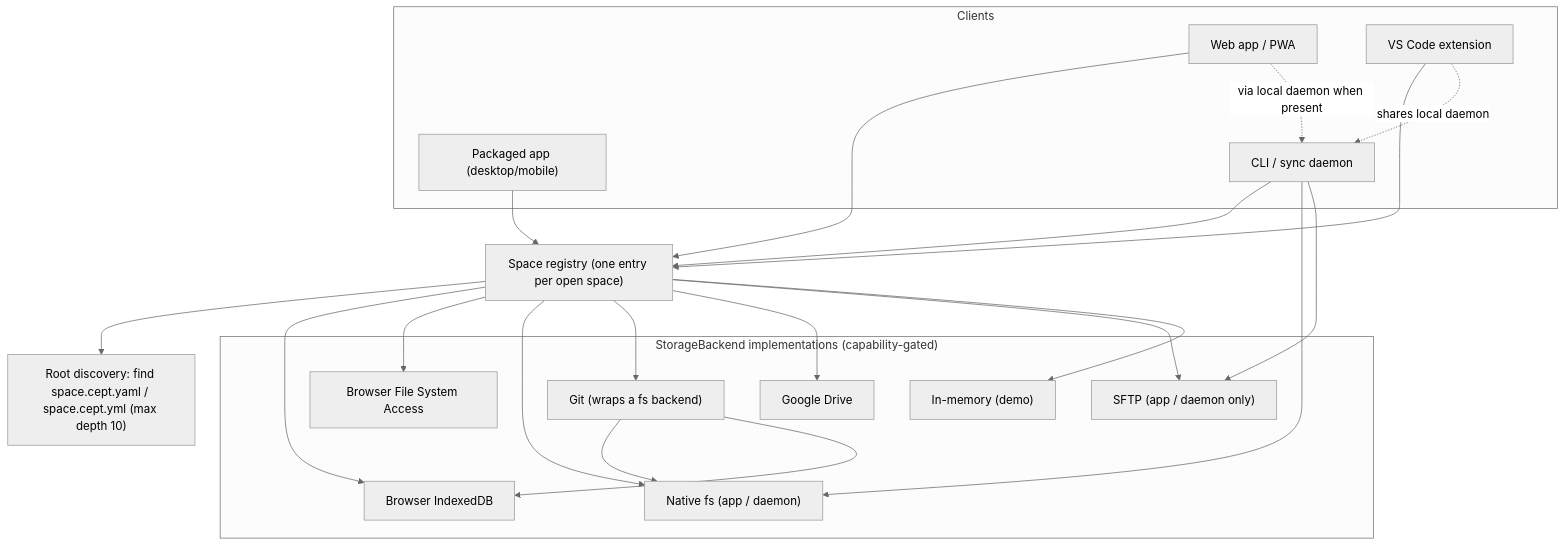
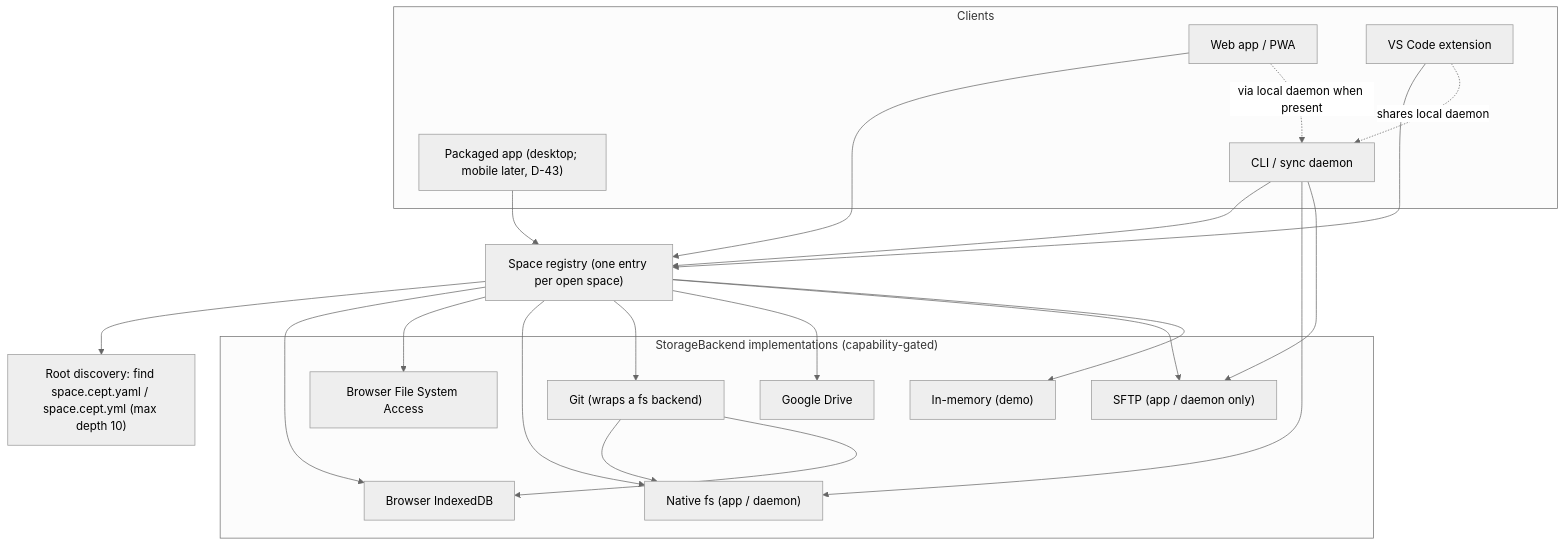
The first of 3 diagrams in docs/specs/requirements/03-spaces-and-storage.md (nsheaps/cept), drawn with Mermaid (neutral theme) before and after one commit. The commit also changed other lines of this file and 10 other files, not shown here.

````diff
--- a/docs/specs/requirements/03-spaces-and-storage.md
+++ b/docs/specs/requirements/03-spaces-and-storage.md
@@ -73,43 +73,43 @@
 ```mermaid
 flowchart TB
     subgraph Clients
         WEB["Web app / PWA"]
-        APP["Packaged app (desktop/mobile)"]
+        APP["Packaged app (desktop; mobile later, D-43)"]
         VSC["VS Code extension"]
         CLI["CLI / sync daemon"]
     end
 
     REG["Space registry (one entry per open space)"]
     DISC["Root discovery: find space.cept.yaml / space.cept.yml (max depth 10)"]
 
     WEB --> REG
     APP --> REG
     VSC --> REG
     CLI --> REG
     REG --> DISC
 
     subgraph Backends["StorageBackend implementations (capability-gated)"]
         IDB["Browser IndexedDB"]
         FSA["Browser File System Access"]
         NFS["Native fs (app / daemon)"]
         GIT["Git (wraps a fs backend)"]
         GD["Google Drive"]
         SFTP["SFTP (app / daemon only)"]
         MEM["In-memory (demo)"]
     end
 
     REG --> IDB
     REG --> FSA
     REG --> NFS
     REG --> GIT
     REG --> GD
     REG --> SFTP
     REG --> MEM
 
     WEB -.->|via local daemon when present| CLI
     VSC -.->|shares local daemon| CLI
     CLI --> NFS
     CLI --> SFTP
     GIT --> NFS
     GIT --> IDB
 ```
````
